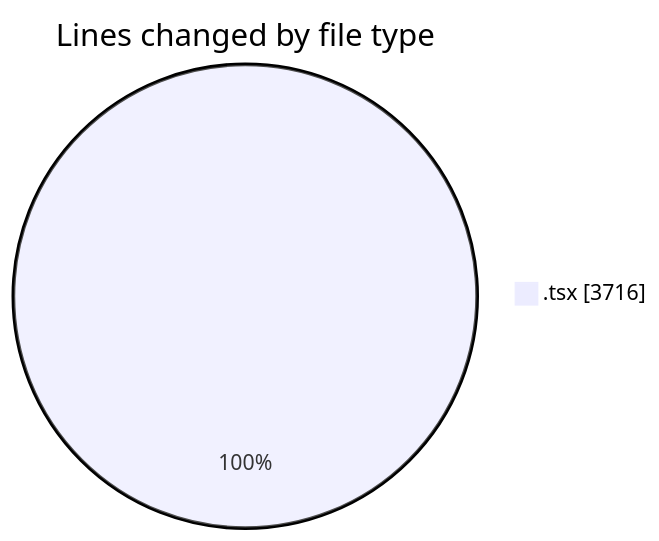
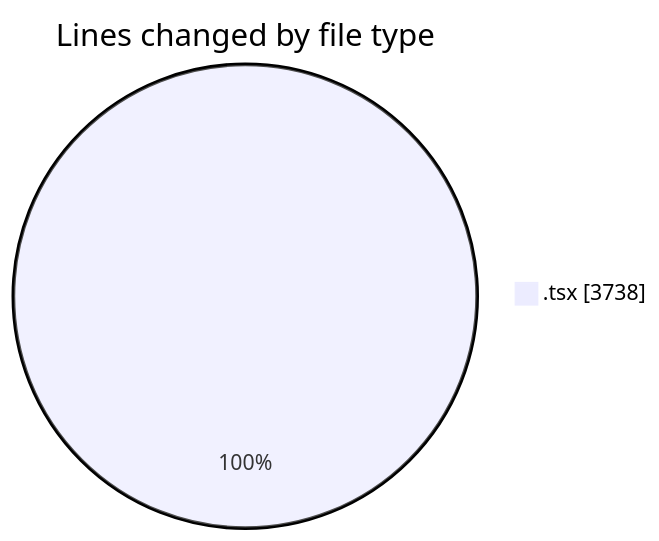
Before and after one commit to nxtqubesakshisongat/code-tracking: the first of 2 diagrams in 2026-04-01/nxtqube_webapp/README.md, drawn with Mermaid. The commit also changed other lines of this file and 1 other file, not shown here.

````diff
--- a/2026-04-01/nxtqube_webapp/README.md
+++ b/2026-04-01/nxtqube_webapp/README.md
@@ -21,5 +21,5 @@
 ```mermaid
 pie showData
 title Lines changed by file type
-".tsx" : 3716
+".tsx" : 3738
 ```
````
